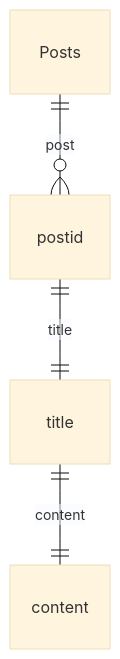
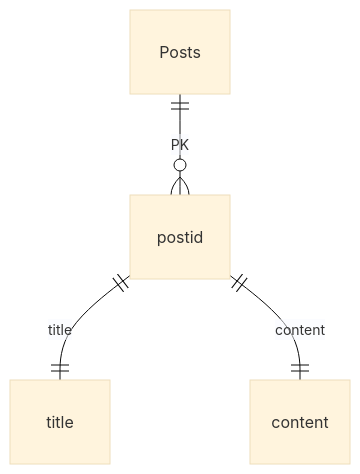
The diagram in Readme.md (tootoyproject/Backend), drawn with Mermaid (base theme) before and after one commit. The commit also changed 2 other files, not shown here.

````diff
--- a/Readme.md
+++ b/Readme.md
@@ -4,7 +4,7 @@
 ```mermaid
 erDiagram
-    Posts ||--o{ postid : post
+    Posts ||--o{ postid : PK
     postid ||--|| title : title
-    title ||--|| content : content
+    postid ||--|| content : content
 
 ```
````
